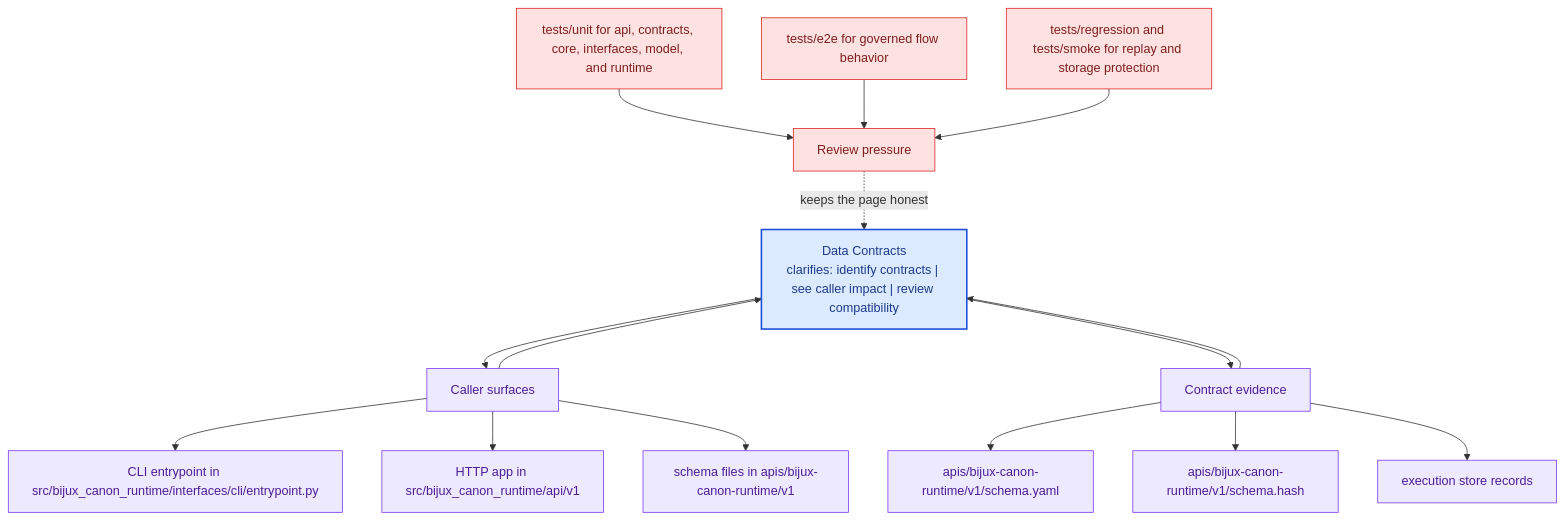
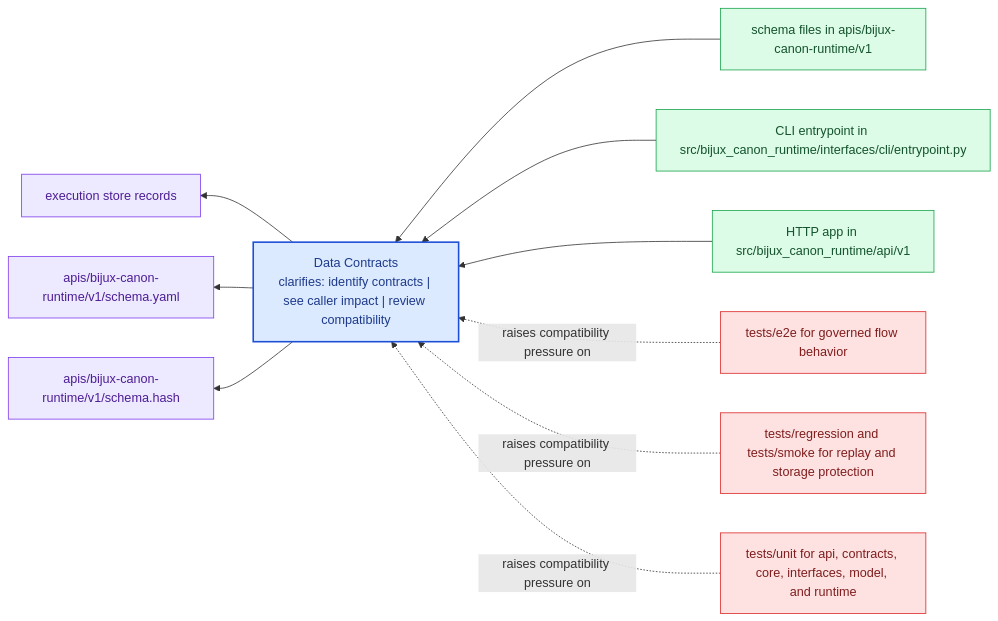
Before and after one commit to bijux/bijux-canon: the diagram in docs/bijux-canon-runtime/interfaces/data-contracts.md, drawn with Mermaid. The commit also changed other lines of this file and 281 other files, not shown here.

Commit message:
docs(diagrams): replace repeated mermaid scaffolds with page-specific summaries

````diff
--- a/docs/bijux-canon-runtime/interfaces/data-contracts.md
+++ b/docs/bijux-canon-runtime/interfaces/data-contracts.md
@@ -68,41 +23,31 @@
 ```mermaid
-flowchart TB
-    promise["Data Contracts<br/>clarifies: identify contracts | see caller impact | review compatibility"]
-    classDef promise fill:#dbeafe,stroke:#1d4ed8,color:#1e3a8a,stroke-width:2px;
-    classDef driver fill:#dcfce7,stroke:#16a34a,color:#14532d;
-    classDef constraint fill:#fee2e2,stroke:#dc2626,color:#7f1d1d;
-    classDef ground fill:#ede9fe,stroke:#7c3aed,color:#4c1d95;
-    focus1["Caller surfaces"]
-    focus1 --> promise
-    promise --> focus1
-    focus1_1["CLI entrypoint in src/bijux_canon_runtime/interfaces/cli/entrypoint.py"]
-    focus1 --> focus1_1
-    focus1_2["HTTP app in src/bijux_canon_runtime/api/v1"]
-    focus1 --> focus1_2
-    focus1_3["schema files in apis/bijux-canon-runtime/v1"]
-    focus1 --> focus1_3
-    class focus1 ground;
-    class focus1_1,focus1_2,focus1_3 ground;
-    focus2["Contract evidence"]
-    focus2 --> promise
-    promise --> focus2
-    focus2_1["apis/bijux-canon-runtime/v1/schema.yaml"]
-    focus2 --> focus2_1
-    focus2_2["apis/bijux-canon-runtime/v1/schema.hash"]
-    focus2 --> focus2_2
-    focus2_3["execution store records"]
-    focus2 --> focus2_3
-    class focus2 ground;
-    class focus2_1,focus2_2,focus2_3 ground;
-    focus3["Review pressure"]
-    focus3 -.keeps the page honest.-> promise
-    focus3_1["tests/unit for api, contracts, core, interfaces, model, and runtime"]
-    focus3_1 --> focus3
-    focus3_2["tests/e2e for governed flow behavior"]
-    focus3_2 --> focus3
-    focus3_3["tests/regression and tests/smoke for replay and storage protection"]
-    focus3_3 --> focus3
-    class focus3 constraint;
-    class focus3_1,focus3_2,focus3_3 constraint;
-    class promise promise;
+flowchart RL
+    page["Data Contracts<br/>clarifies: identify contracts | see caller impact | review compatibility"]
+    classDef page fill:#dbeafe,stroke:#1d4ed8,color:#1e3a8a,stroke-width:2px;
+    classDef positive fill:#dcfce7,stroke:#16a34a,color:#14532d;
+    classDef caution fill:#fee2e2,stroke:#dc2626,color:#7f1d1d;
+    classDef anchor fill:#ede9fe,stroke:#7c3aed,color:#4c1d95;
+    classDef action fill:#fef3c7,stroke:#d97706,color:#7c2d12;
+    surface1["schema files in apis/bijux-canon-runtime/v1"]
+    surface1 --> page
+    surface2["CLI entrypoint in src/bijux_canon_runtime/interfaces/cli/entrypoint.py"]
+    surface2 --> page
+    surface3["HTTP app in src/bijux_canon_runtime/api/v1"]
+    surface3 --> page
+    proof1["execution store records"]
+    page --> proof1
+    proof2["apis/bijux-canon-runtime/v1/schema.yaml"]
+    page --> proof2
+    proof3["apis/bijux-canon-runtime/v1/schema.hash"]
+    page --> proof3
+    review1["tests/e2e for governed flow behavior"]
+    review1 -.raises compatibility pressure on.-> page
+    review2["tests/regression and tests/smoke for replay and storage protection"]
+    review2 -.raises compatibility pressure on.-> page
+    review3["tests/unit for api, contracts, core, interfaces, model, and runtime"]
+    review3 -.raises compatibility pressure on.-> page
+    class page page;
+    class surface1,surface2,surface3 positive;
+    class proof1,proof2,proof3 anchor;
+    class review1,review2,review3 caution;
 ```
````
